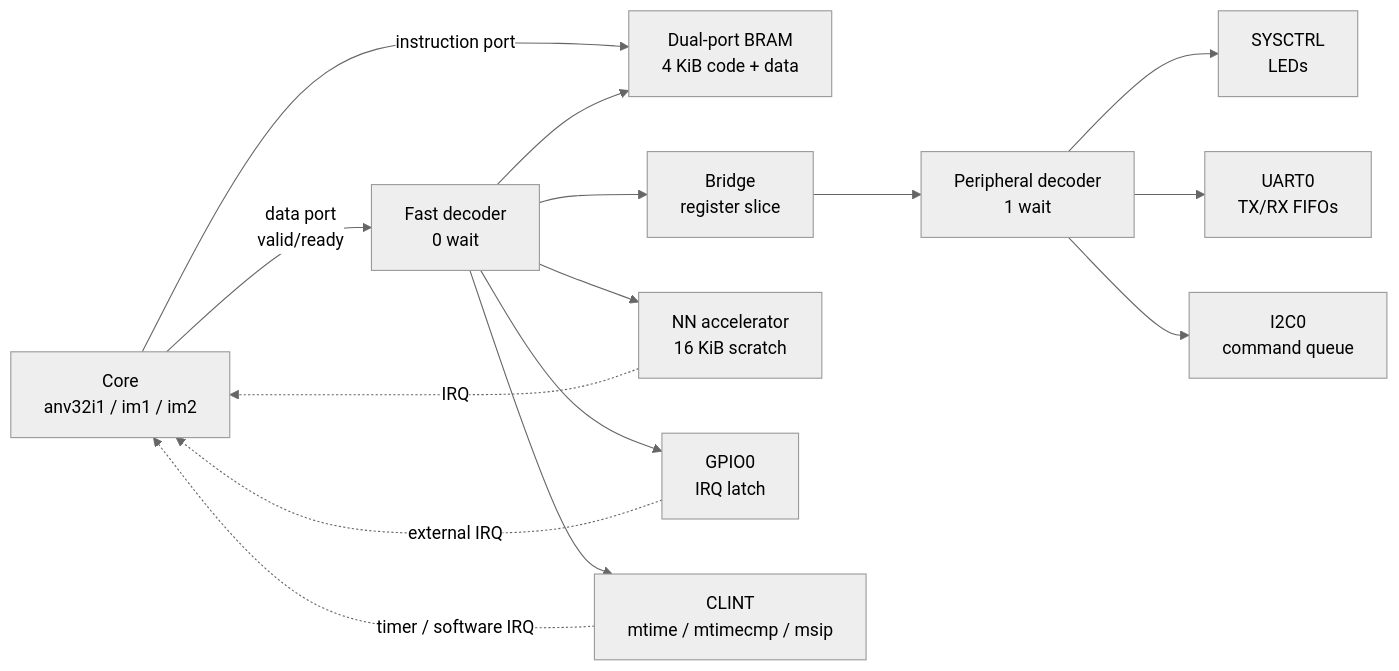
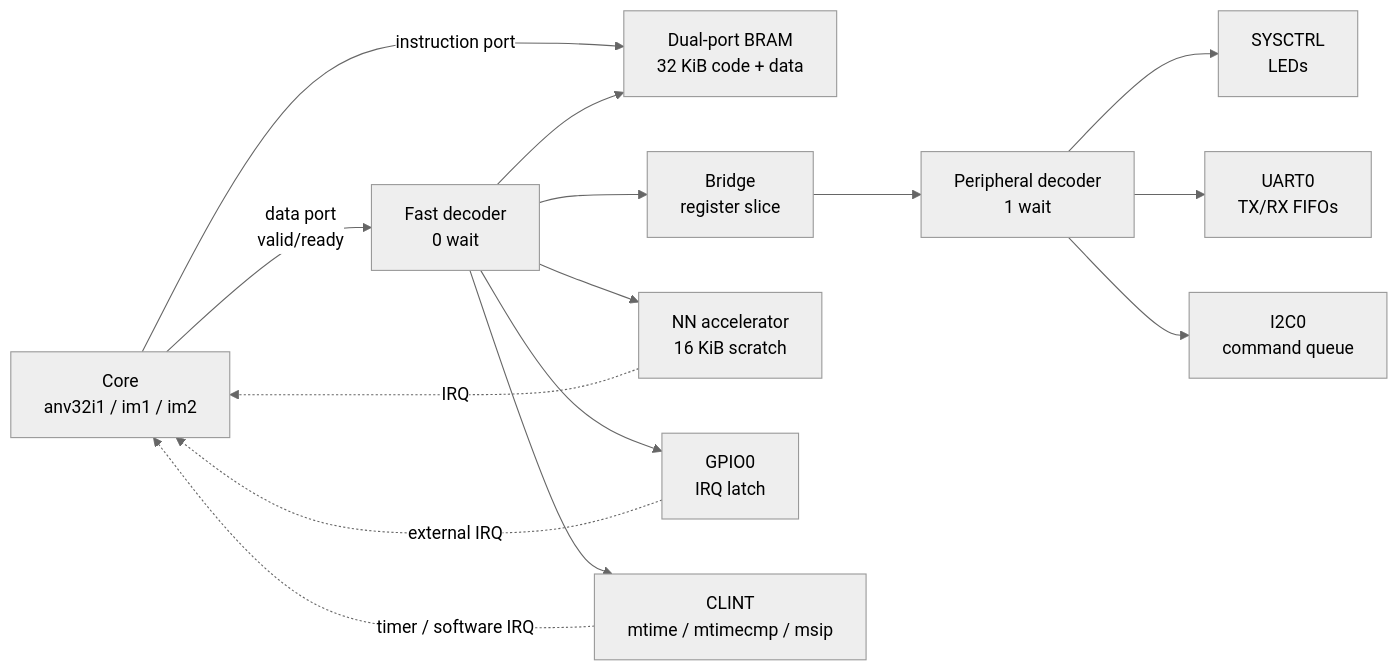
One commit to sonmezarda/anv32 changed the second of 2 diagrams in README.md. Above: the diagram before and after it, drawn with Mermaid (neutral theme). The commit also changed other lines of this file and 11 other files, not shown here.

````diff
--- a/README.md
+++ b/README.md
@@ -108,28 +114,28 @@
 ```mermaid
 flowchart LR
     core["Core<br/>anv32i1 / im1 / im2"]
-    bram["Dual-port BRAM<br/>4 KiB code + data"]
+    bram["Dual-port BRAM<br/>32 KiB code + data"]
     dec["Fast decoder<br/>0 wait"]
     bridge["Bridge<br/>register slice"]
     pdec["Peripheral decoder<br/>1 wait"]
     uart["UART0<br/>TX/RX FIFOs"]
     i2c["I2C0<br/>command queue"]
     nn["NN accelerator<br/>16 KiB scratch"]
     sys["SYSCTRL<br/>LEDs"]
     gpio["GPIO0<br/>IRQ latch"]
     clint["CLINT<br/>mtime / mtimecmp / msip"]
 
     core -- "instruction port" --> bram
     core -- "data port<br/>valid/ready" --> dec
     dec --> bram
     dec --> nn
     dec --> gpio
     dec --> clint
     clint -. "timer / software IRQ" .-> core
     dec --> bridge --> pdec
     pdec --> sys
     pdec --> uart
     pdec --> i2c
     gpio -. "external IRQ" .-> core
     nn -. "IRQ" .-> core
 ```
````
